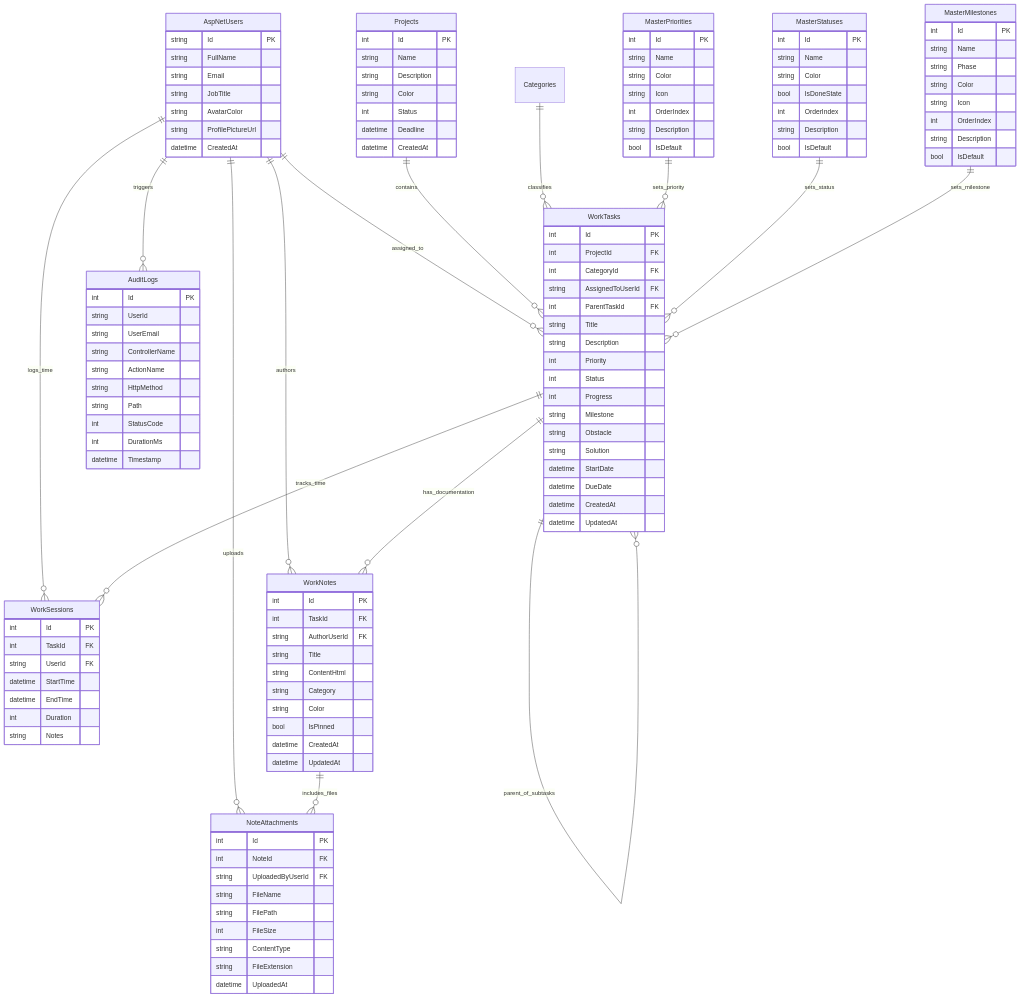
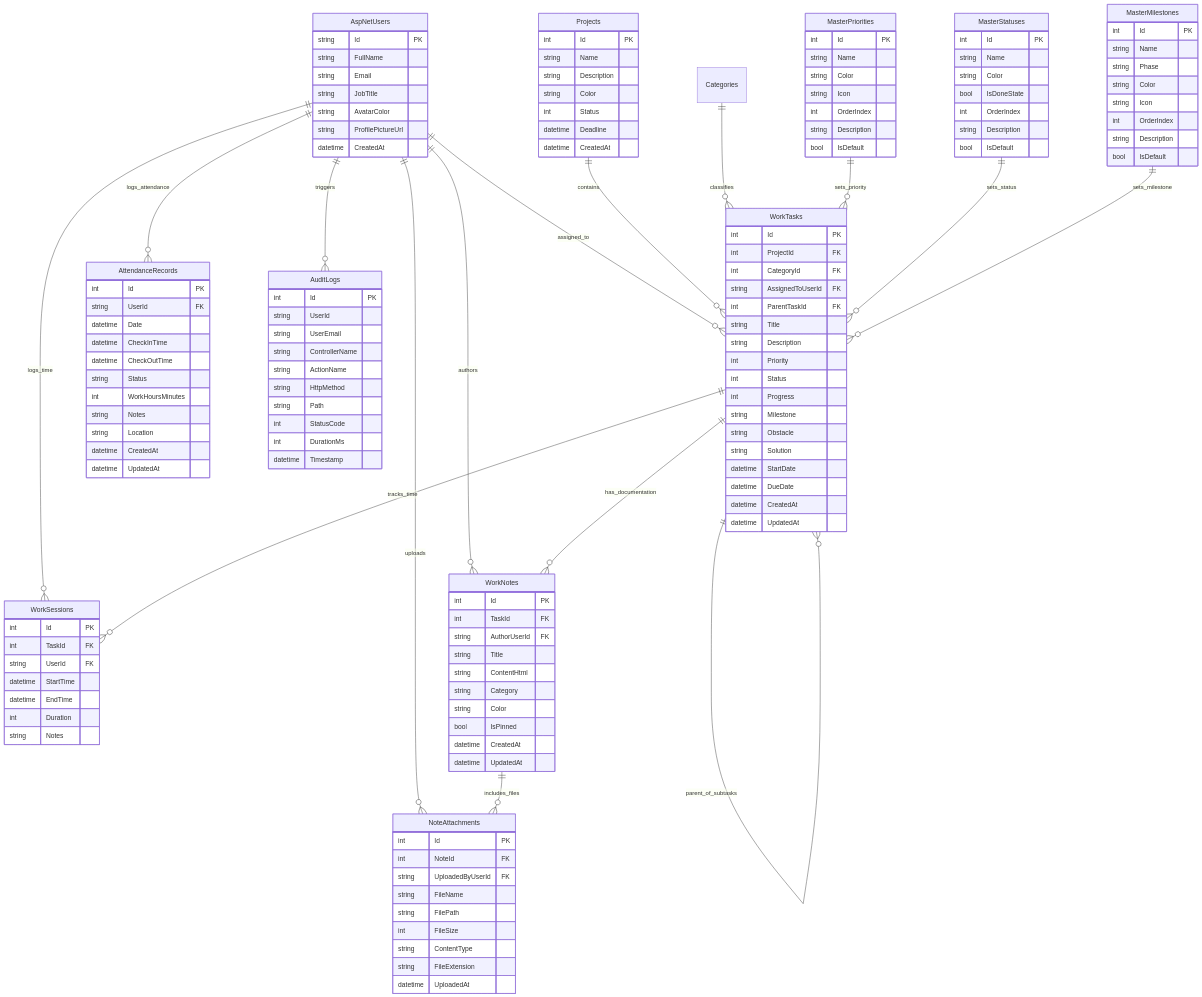
The second of 2 diagrams in FSD_WORK_TRACKER_PRO.md (zhavick/TrackerKerja), drawn with Mermaid before and after one commit. The commit also changed other lines of this file and 7 other files, not shown here.

```diff
--- a/FSD_WORK_TRACKER_PRO.md
+++ b/FSD_WORK_TRACKER_PRO.md
@@ -113,6 +120,7 @@
 erDiagram
     AspNetUsers ||--o{ WorkTasks : "assigned_to"
     AspNetUsers ||--o{ WorkSessions : "logs_time"
+    AspNetUsers ||--o{ AttendanceRecords : "logs_attendance"
     AspNetUsers ||--o{ WorkNotes : "authors"
     AspNetUsers ||--o{ NoteAttachments : "uploads"
     AspNetUsers ||--o{ AuditLogs : "triggers"
@@ -178,6 +186,20 @@
         datetime EndTime
         int Duration
         string Notes
+    }
+
+    AttendanceRecords {
+        int Id PK
+        string UserId FK
+        datetime Date
+        datetime CheckInTime
+        datetime CheckOutTime
+        string Status
+        int WorkHoursMinutes
+        string Notes
+        string Location
+        datetime CreatedAt
+        datetime UpdatedAt
     }
 
     WorkNotes {
```
